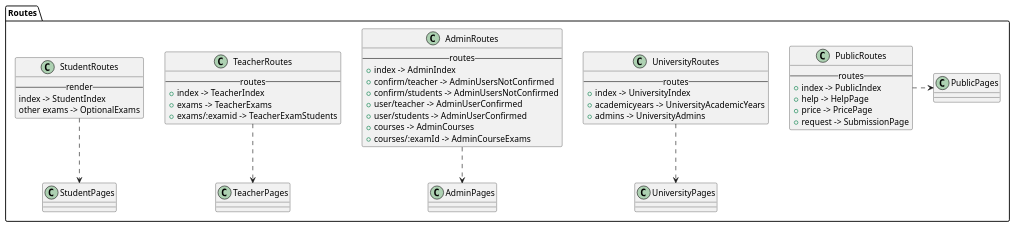
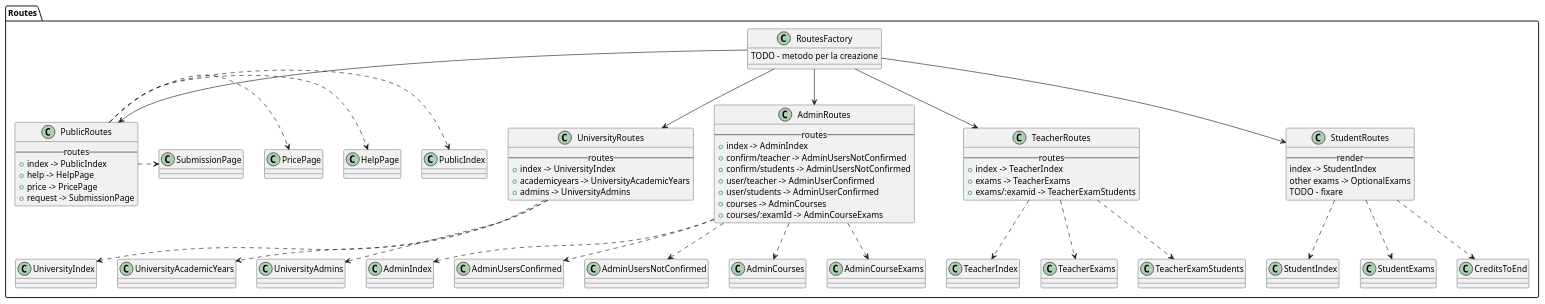
The diagram in react/routes/index.iuml (M9k/Marvin-Uml), drawn with PlantUML before and after one commit. The commit also changed 9 other files, not shown here.

Commit message:
Possibile proposta di UML per react

```diff
--- a/react/routes/index.iuml
+++ b/react/routes/index.iuml
@@ -1,49 +1,77 @@
 
 package Routes{
+
+class RoutesFactory{
+	TODO - metodo per la creazione
+}
 
 class UniversityRoutes {
     --routes--
         + index -> UniversityIndex
         + academicyears -> UniversityAcademicYears
         + admins -> UniversityAdmins
 }
-UniversityRoutes ..> UniversityPages
 
 class AdminRoutes{
     --routes--
         + index -> AdminIndex
         + confirm/teacher -> AdminUsersNotConfirmed
         + confirm/students -> AdminUsersNotConfirmed
         + user/teacher -> AdminUserConfirmed
         + user/students -> AdminUserConfirmed
         + courses -> AdminCourses
         + courses/:examId -> AdminCourseExams
 }
-AdminRoutes ..> AdminPages
 
 class TeacherRoutes {
     --routes--
         + index -> TeacherIndex
         + exams -> TeacherExams
         + exams/:examid -> TeacherExamStudents
 }
-TeacherRoutes ..> TeacherPages
 
 class StudentRoutes{
     --render--
          index -> StudentIndex
          other exams -> OptionalExams
+	TODO - fixare
 }
-StudentRoutes ..> StudentPages
 
 class PublicRoutes{
     --routes--
         + index -> PublicIndex
         + help -> HelpPage
         + price -> PricePage
         + request -> SubmissionPage
 }
-PublicRoutes .> PublicPages
 
+RoutesFactory --> UniversityRoutes
+RoutesFactory --> AdminRoutes
+RoutesFactory --> TeacherRoutes
+RoutesFactory --> StudentRoutes
+RoutesFactory --> PublicRoutes
+
+UniversityRoutes ..> UniversityIndex
+UniversityRoutes ..> UniversityAcademicYears
+UniversityRoutes ..> UniversityAdmins
+
+AdminRoutes ..> AdminIndex
+AdminRoutes ..> AdminUsersConfirmed
+AdminRoutes ..> AdminUsersNotConfirmed
+AdminRoutes ..> AdminCourses
+AdminRoutes ..> AdminCourseExams
+
+TeacherRoutes ..> TeacherIndex
+TeacherRoutes ..> TeacherExams
+TeacherRoutes ..> TeacherExamStudents
+
+StudentRoutes ..> StudentIndex
+StudentRoutes ..> StudentExams
+StudentRoutes ..> CreditsToEnd
+
+PublicRoutes .> PublicIndex
+PublicRoutes .> HelpPage
+PublicRoutes .> PricePage
+PublicRoutes .> SubmissionPage
 
 }
```
